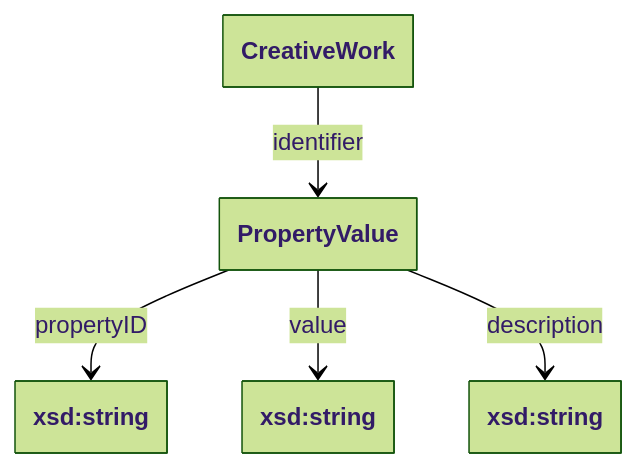
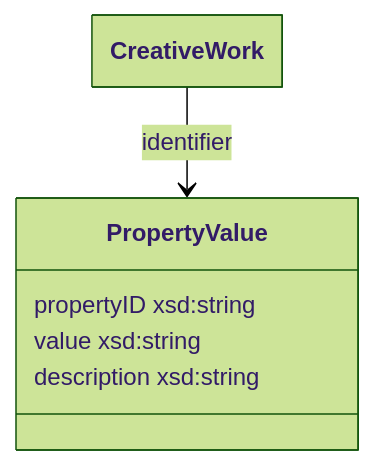
One commit to collectienederland/schema-profile changed the fourth of 5 diagrams in docs/datamodel.md. Above: the diagram before and after it, drawn with Mermaid. The commit also changed other lines of this file, not shown here.

```diff
--- a/docs/datamodel.md
+++ b/docs/datamodel.md
@@ -153,18 +195,16 @@
 <pre class="mermaid">
 ---
   config:
     theme: forest
     class:
       hideEmptyMembersBox: true
 ---
 classDiagram
 class creativework["CreativeWork"]
-class propval["PropertyValue"]
-class lit_18["xsd:string"]
-class lit_19["xsd:string"]
-class lit_20["xsd:string"]
+class propval["PropertyValue"] {
+  propertyID xsd:string
+  value xsd:string
+  description xsd:string
+}
 creativework --> propval: identifier
-propval --> lit_18: propertyID
-propval --> lit_19: value
-propval --> lit_20: description
 </pre>
```
